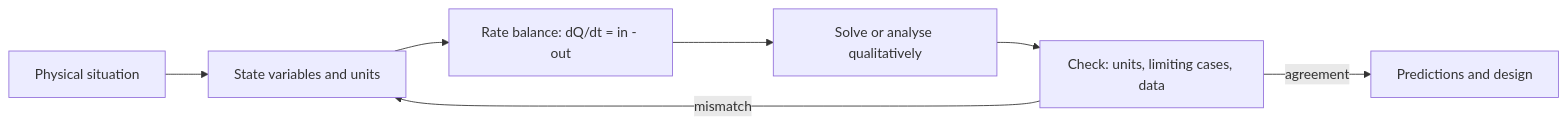
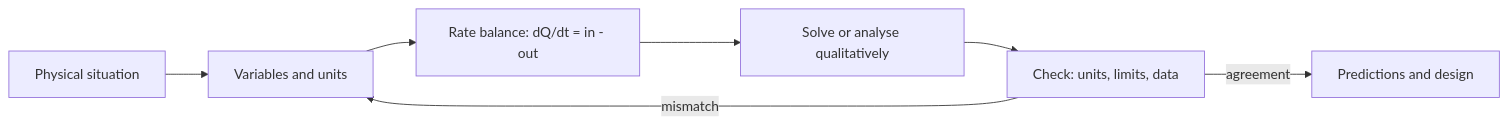
One commit to metodiev/Mathematics changed the second of 2 diagrams in 16-differential-equations/01-first-order-odes/README.md. Above: the diagram before and after it, drawn with Mermaid. The commit also changed other lines of this file and 324 other files, not shown here.

````diff
--- a/16-differential-equations/01-first-order-odes/README.md
+++ b/16-differential-equations/01-first-order-odes/README.md
@@ -1214,9 +651,9 @@
 ```mermaid
 flowchart LR
-    P["Physical situation"] --> M["State variables and units"]
+    P["Physical situation"] --> M["Variables and units"]
     M --> E["Rate balance: dQ/dt = in - out"]
     E --> S["Solve or analyse qualitatively"]
-    S --> C["Check: units, limiting cases, data"]
+    S --> C["Check: units, limits, data"]
     C -- mismatch --> M
     C -- agreement --> U["Predictions and design"]
 ```
````
